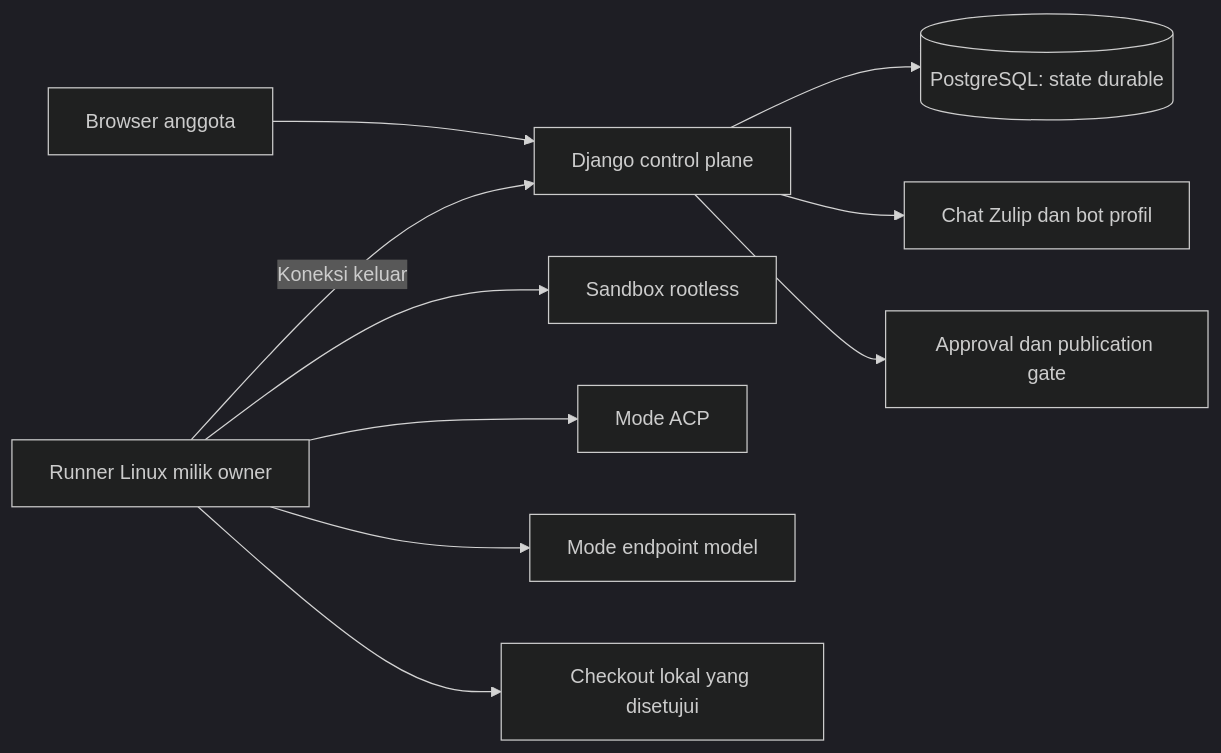
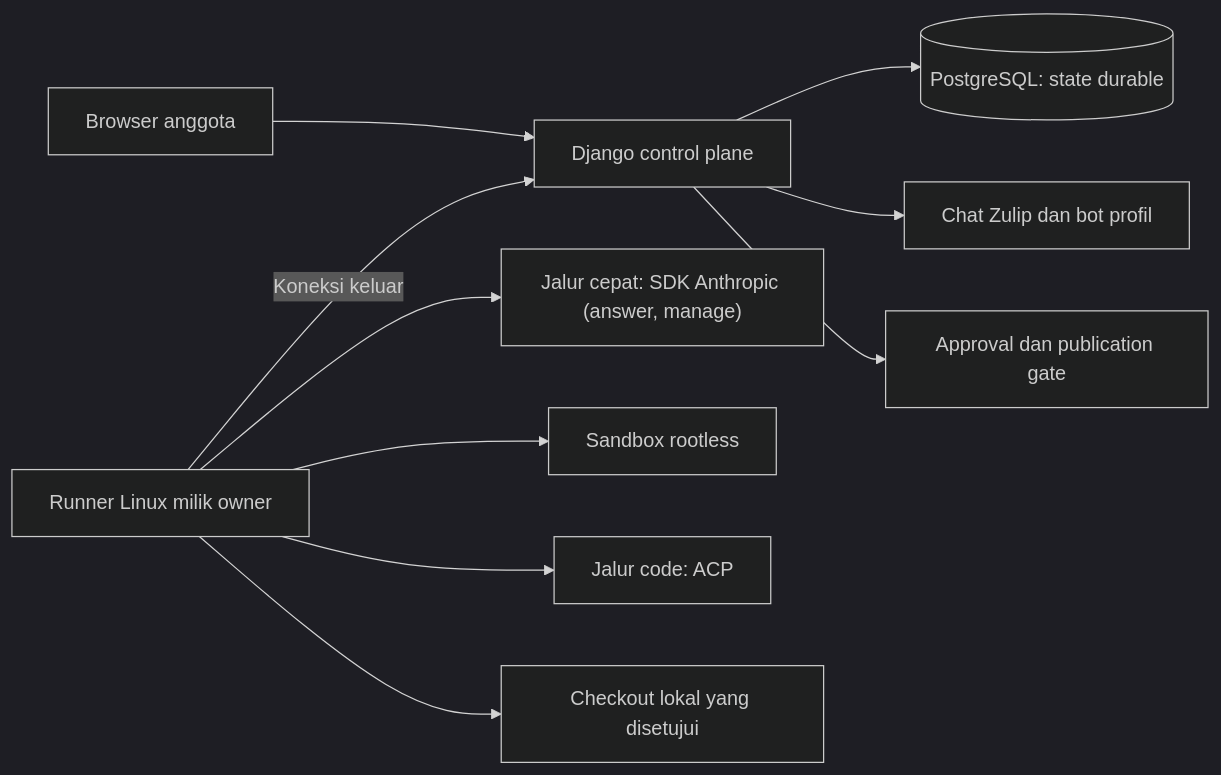
One commit to Growth-Circle/grow-team changed the second of 2 diagrams in internals/docs/blueprint.md. Above: the diagram before and after it, drawn with Mermaid (dark theme). The commit also changed other lines of this file and 12 other files, not shown here.

First line of the commit message:
docs: Align the agent decision and product documents with the fast lane.

````diff
--- a/internals/docs/blueprint.md
+++ b/internals/docs/blueprint.md
@@ -26,12 +30,12 @@
 ```mermaid
 flowchart LR
   Browser[Browser anggota] --> Django[Django control plane]
   Django --> PG[(PostgreSQL: state durable)]
   Django --> Chat[Chat Zulip dan bot profil]
   Runner[Runner Linux milik owner] -->|Koneksi keluar| Django
+  Runner --> FastLane["Jalur cepat: SDK Anthropic (answer, manage)"]
   Runner --> Sandbox[Sandbox rootless]
-  Runner --> ACP[Mode ACP]
-  Runner --> Endpoint[Mode endpoint model]
+  Runner --> ACP["Jalur code: ACP"]
   Runner --> Repo[Checkout lokal yang disetujui]
   Django --> Approval[Approval dan publication gate]
 ```
````
